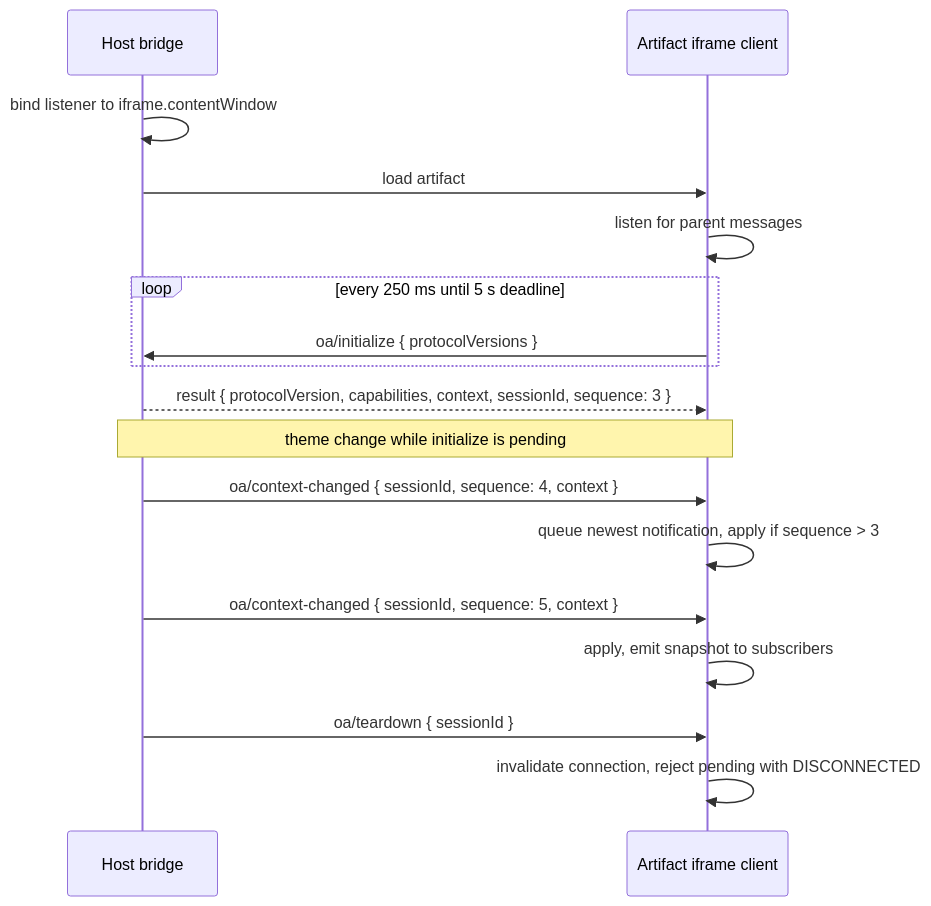
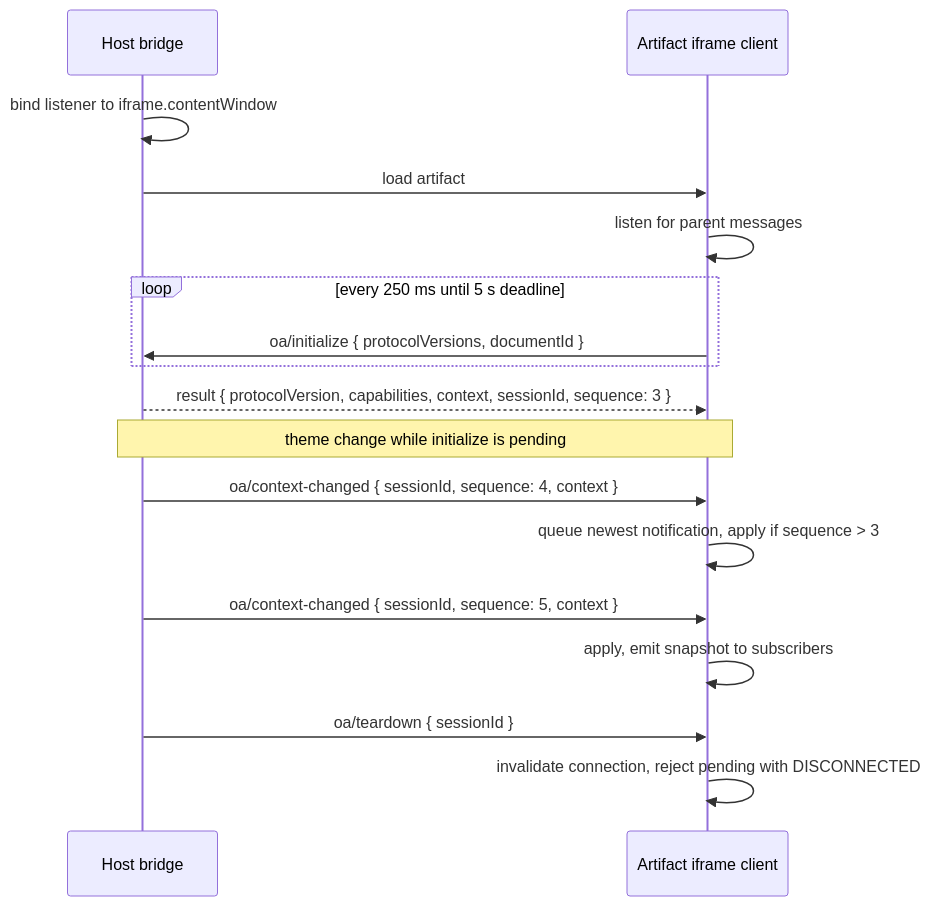
Before and after one commit to liamtran96/open-artifacts: the diagram in docs/contracts/runtime-sdk.md, drawn with Mermaid. The commit also changed other lines of this file and 35 other files, not shown here.

````diff
--- a/docs/contracts/runtime-sdk.md
+++ b/docs/contracts/runtime-sdk.md
@@ -78,19 +78,19 @@
 ```mermaid
 sequenceDiagram
     participant H as Host bridge
     participant F as Artifact iframe client
     H->>H: bind listener to iframe.contentWindow
     H->>F: load artifact
     F->>F: listen for parent messages
     loop every 250 ms until 5 s deadline
-        F->>H: oa/initialize { protocolVersions }
+        F->>H: oa/initialize { protocolVersions, documentId }
     end
     H-->>F: result { protocolVersion, capabilities, context, sessionId, sequence: 3 }
     Note over H,F: theme change while initialize is pending
     H->>F: oa/context-changed { sessionId, sequence: 4, context }
     F->>F: queue newest notification, apply if sequence > 3
     H->>F: oa/context-changed { sessionId, sequence: 5, context }
     F->>F: apply, emit snapshot to subscribers
     H->>F: oa/teardown { sessionId }
     F->>F: invalidate connection, reject pending with DISCONNECTED
 ```
````
